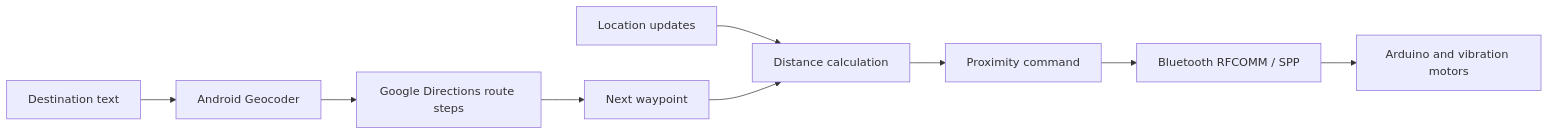
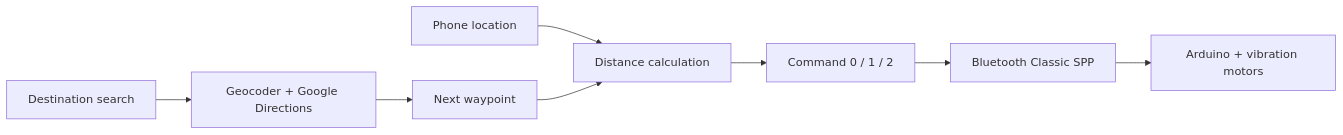
Before and after one commit to chain567/chain567: the diagram in projects/haptic-navigation.md, drawn with Mermaid. The commit also changed other lines of this file and 3 other files, not shown here.

Commit message:
Refresh haptic project story and add distance command diagram

````diff
--- a/projects/haptic-navigation.md
+++ b/projects/haptic-navigation.md
@@ -31,11 +41,10 @@
 ```mermaid
 flowchart LR
-    A[Destination text] --> B[Android Geocoder]
-    B --> C[Google Directions route steps]
-    C --> D[Next waypoint]
-    E[Location updates] --> F[Distance calculation]
-    D --> F
-    F --> G[Proximity command]
-    G --> H[Bluetooth RFCOMM / SPP]
-    H --> I[Arduino and vibration motors]
+    A[Destination search] --> B[Geocoder + Google Directions]
+    B --> C[Next waypoint]
+    D[Phone location] --> E[Distance calculation]
+    C --> E
+    E --> F[Command 0 / 1 / 2]
+    F --> G[Bluetooth Classic SPP]
+    G --> H[Arduino + vibration motors]
 ```
````
